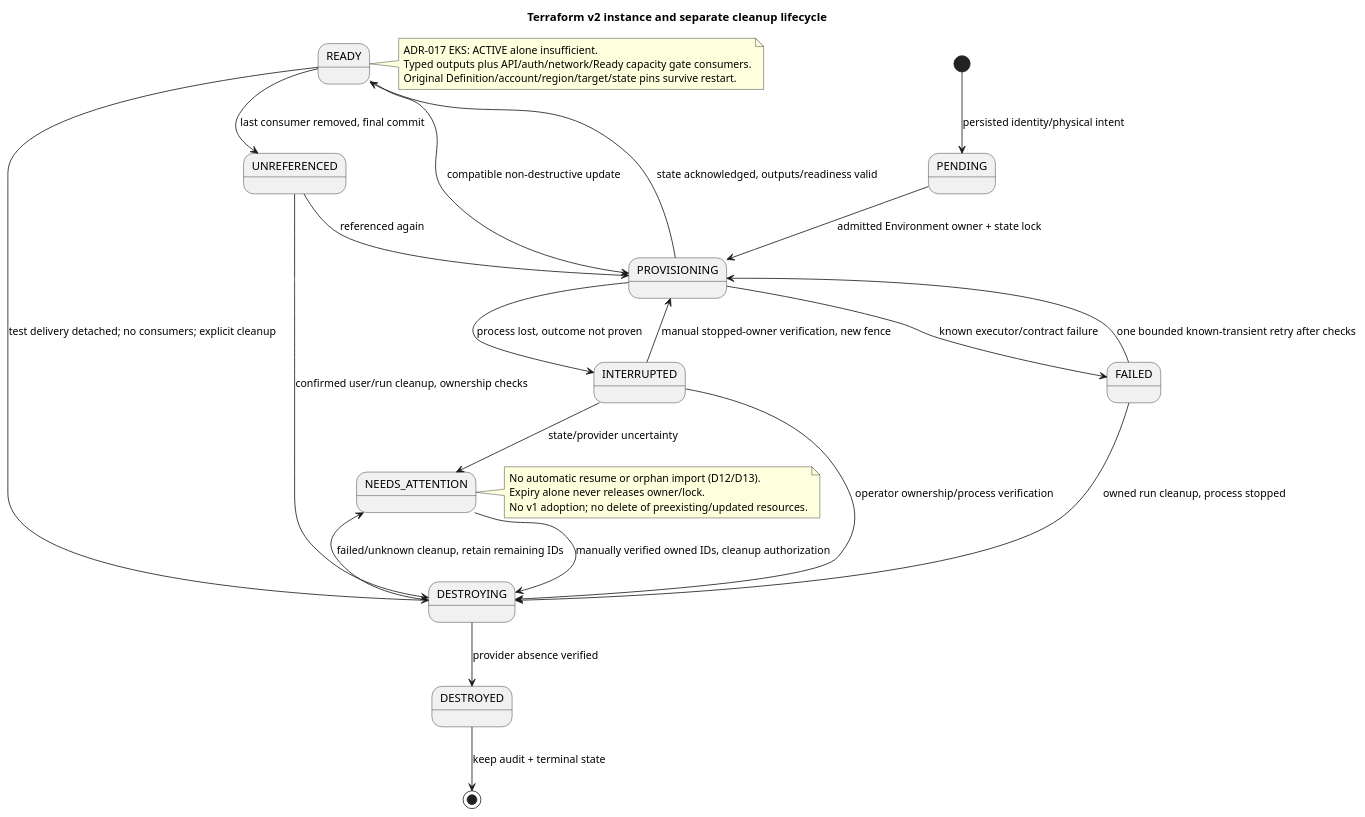
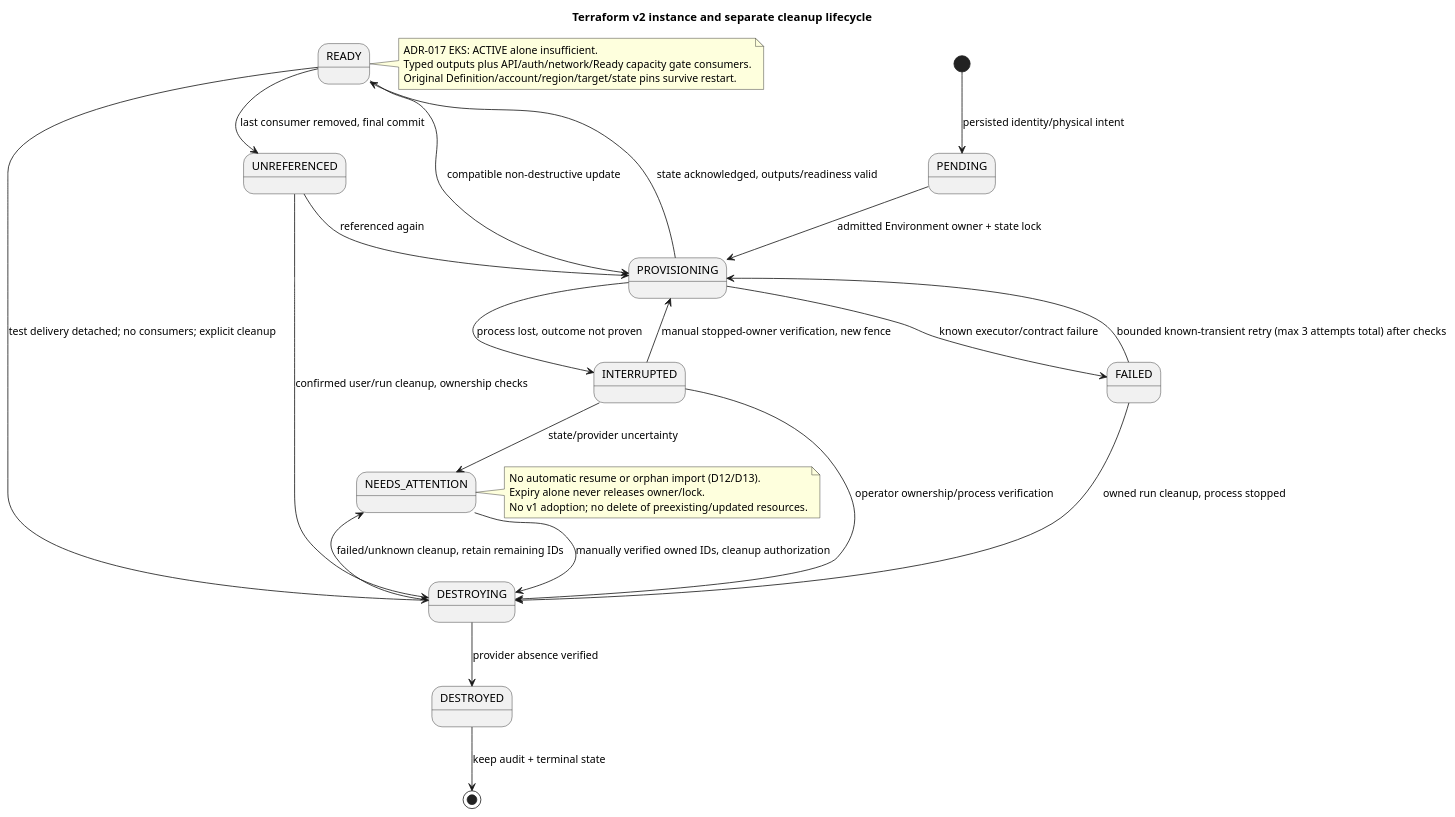
Before and after one commit to pr3s3nt/poc: the diagram in orchestrator_docs/architecture/state-machines/terraform-instance.puml, drawn with PlantUML. The commit also changed 17 other files, not shown here.

```diff
--- a/orchestrator_docs/architecture/state-machines/terraform-instance.puml
+++ b/orchestrator_docs/architecture/state-machines/terraform-instance.puml
@@ -1,32 +1,32 @@
 @startuml
 title Terraform v2 instance and separate cleanup lifecycle
 [*] --> PENDING : persisted identity/physical intent
 PENDING --> PROVISIONING : admitted Environment owner + state lock
 PROVISIONING --> READY : state acknowledged, outputs/readiness valid
 PROVISIONING --> FAILED : known executor/contract failure
-FAILED --> PROVISIONING : one bounded known-transient retry after checks
+FAILED --> PROVISIONING : bounded known-transient retry (max 3 attempts total) after checks
 PROVISIONING --> INTERRUPTED : process lost, outcome not proven
 INTERRUPTED --> NEEDS_ATTENTION : state/provider uncertainty
 INTERRUPTED --> PROVISIONING : manual stopped-owner verification, new fence
 READY --> PROVISIONING : compatible non-destructive update
 READY --> UNREFERENCED : last consumer removed, final commit
 UNREFERENCED --> PROVISIONING : referenced again
 UNREFERENCED --> DESTROYING : confirmed user/run cleanup, ownership checks
 FAILED --> DESTROYING : owned run cleanup, process stopped
 INTERRUPTED --> DESTROYING : operator ownership/process verification
 NEEDS_ATTENTION --> DESTROYING : manually verified owned IDs, cleanup authorization
 READY --> DESTROYING : test delivery detached; no consumers; explicit cleanup
 DESTROYING --> DESTROYED : provider absence verified
 DESTROYING --> NEEDS_ATTENTION : failed/unknown cleanup, retain remaining IDs
 DESTROYED --> [*] : keep audit + terminal state
 note right of NEEDS_ATTENTION
 No automatic resume or orphan import (D12/D13).
 Expiry alone never releases owner/lock.
 No v1 adoption; no delete of preexisting/updated resources.
 end note
 note right of READY
 ADR-017 EKS: ACTIVE alone insufficient.
 Typed outputs plus API/auth/network/Ready capacity gate consumers.
 Original Definition/account/region/target/state pins survive restart.
 end note
 @enduml
```
